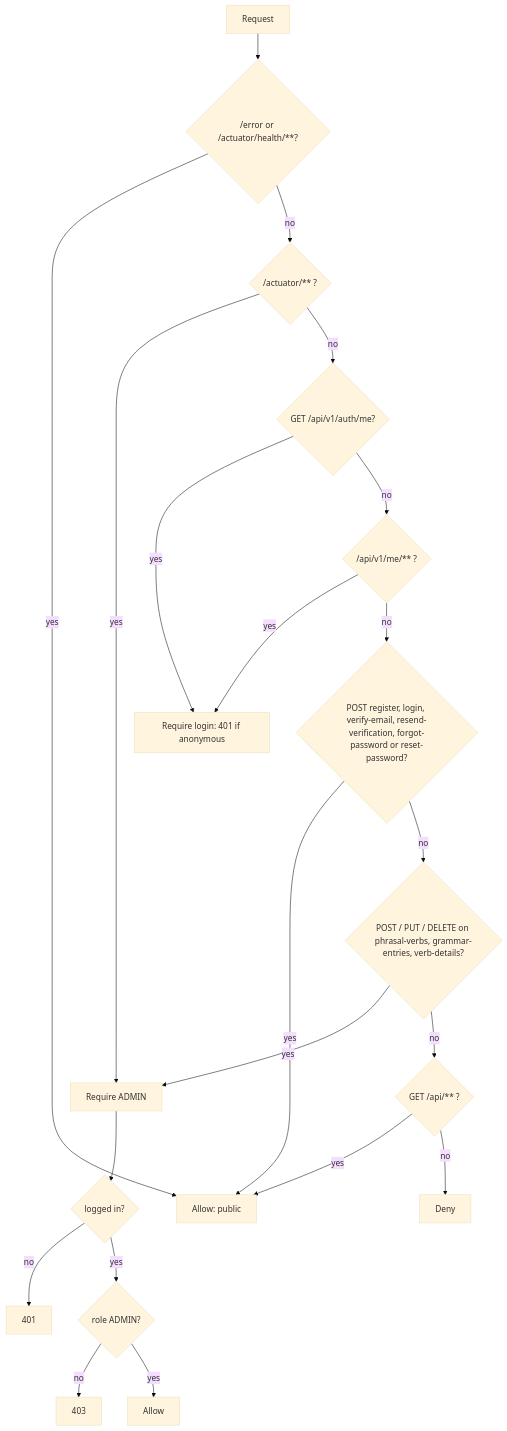
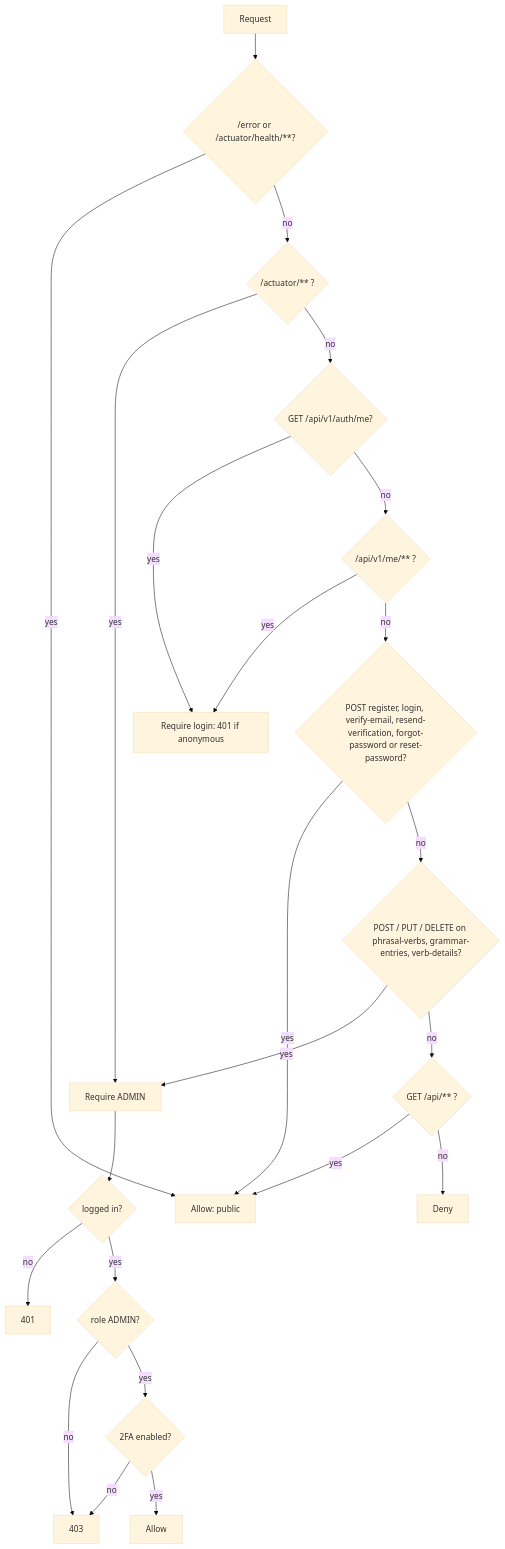
One commit to makeitfine-org/phrasal changed the third of 3 diagrams in docs/diagrams/auth-flow.md. Above: the diagram before and after it, drawn with Mermaid (base theme). The commit also changed other lines of this file and 14 other files, not shown here.

````diff
--- a/docs/diagrams/auth-flow.md
+++ b/docs/diagrams/auth-flow.md
@@ -56,23 +57,25 @@
 ```mermaid
 flowchart TD
     R[Request] --> E{/error or /actuator/health/**?}
     E -- yes --> PUB[Allow: public]
     E -- no --> A{/actuator/** ?}
     A -- yes --> ADM[Require ADMIN]
     A -- no --> ME{GET /api/v1/auth/me?}
     ME -- yes --> AUTH[Require login: 401 if anonymous]
     ME -- no --> MEP{/api/v1/me/** ?}
     MEP -- yes --> AUTH
     MEP -- no --> RL{POST register, login, verify-email, resend-verification, forgot-password or reset-password?}
     RL -- yes --> PUB
     RL -- no --> W{POST / PUT / DELETE on phrasal-verbs, grammar-entries, verb-details?}
     W -- yes --> ADM
     W -- no --> G{GET /api/** ?}
     G -- yes --> PUB
     G -- no --> DENY[Deny]
     ADM --> C{logged in?}
     C -- no --> U401[401]
     C -- yes --> RO{role ADMIN?}
     RO -- no --> F403[403]
-    RO -- yes --> OK[Allow]
+    RO -- yes --> TF{2FA enabled?}
+    TF -- no --> F403
+    TF -- yes --> OK[Allow]
 ```
````
